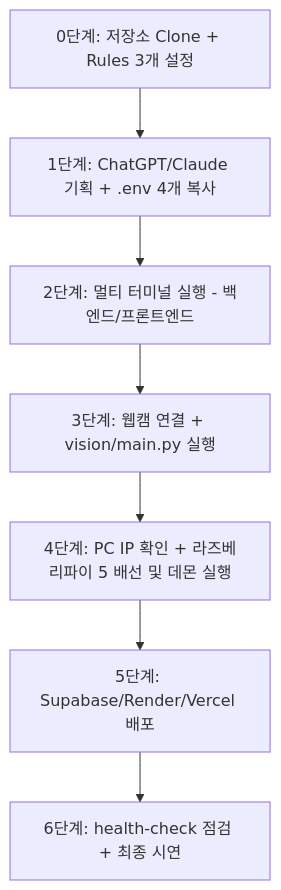
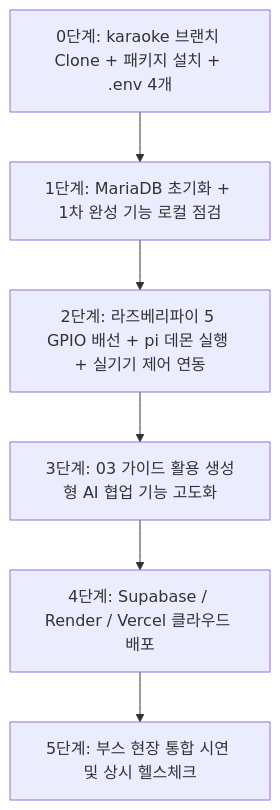
One commit to meister-info-2026/04-smart-karaoke changed the diagram in docs/02-학생-수작업-로드맵.md. Above: the diagram before and after it, drawn with Mermaid. The commit also changed other lines of this file and 10 other files, not shown here.

````diff
--- a/docs/02-학생-수작업-로드맵.md
+++ b/docs/02-학생-수작업-로드맵.md
@@ -10,9 +7,8 @@
 ```mermaid
 flowchart TD
-    A[0단계: 저장소 Clone + Rules 3개 설정] --> B[1단계: ChatGPT/Claude 기획 + .env 4개 복사]
-    B --> C[2단계: 멀티 터미널 실행 - 백엔드/프론트엔드]
-    C --> D[3단계: 웹캠 연결 + vision/main.py 실행]
-    D --> E[4단계: PC IP 확인 + 라즈베리파이 5 배선 및 데몬 실행]
-    E --> F[5단계: Supabase/Render/Vercel 배포]
-    F --> G[6단계: health-check 점검 + 최종 시연]
+    A[0단계: karaoke 브랜치 Clone + 패키지 설치 + .env 4개] --> B[1단계: MariaDB 초기화 + 1차 완성 기능 로컬 점검]
+    B --> C[2단계: 라즈베리파이 5 GPIO 배선 + pi 데몬 실행 + 실기기 제어 연동]
+    C --> D[3단계: 03 가이드 활용 생성형 AI 협업 기능 고도화]
+    D --> E[4단계: Supabase / Render / Vercel 클라우드 배포]
+    E --> F[5단계: 부스 현장 통합 시연 및 상시 헬스체크]
 ```
````
